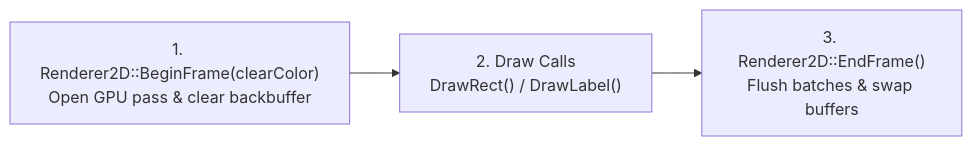
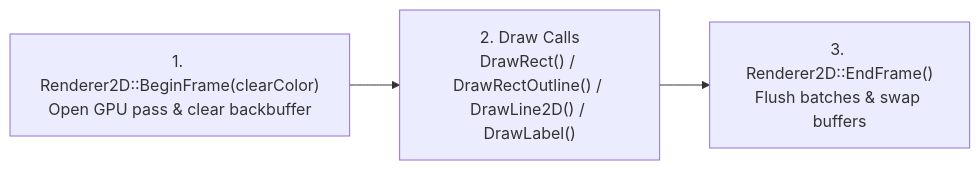
The diagram in docs/RENDERER_SYSTEM.md (slopggobblercobbler81/talos-engine), drawn with Mermaid before and after one commit. The commit also changed other lines of this file and 4 other files, not shown here.

````diff
--- a/docs/RENDERER_SYSTEM.md
+++ b/docs/RENDERER_SYSTEM.md
@@ -21,5 +38,5 @@
 ```mermaid
 flowchart LR
-    A["1. Renderer2D::BeginFrame(clearColor)\nOpen GPU pass & clear backbuffer"] --> B["2. Draw Calls\nDrawRect() / DrawLabel()"]
+    A["1. Renderer2D::BeginFrame(clearColor)\nOpen GPU pass & clear backbuffer"] --> B["2. Draw Calls\nDrawRect() / DrawRectOutline() / DrawLine2D() / DrawLabel()"]
     B --> C["3. Renderer2D::EndFrame()\nFlush batches & swap buffers"]
 ```
````
